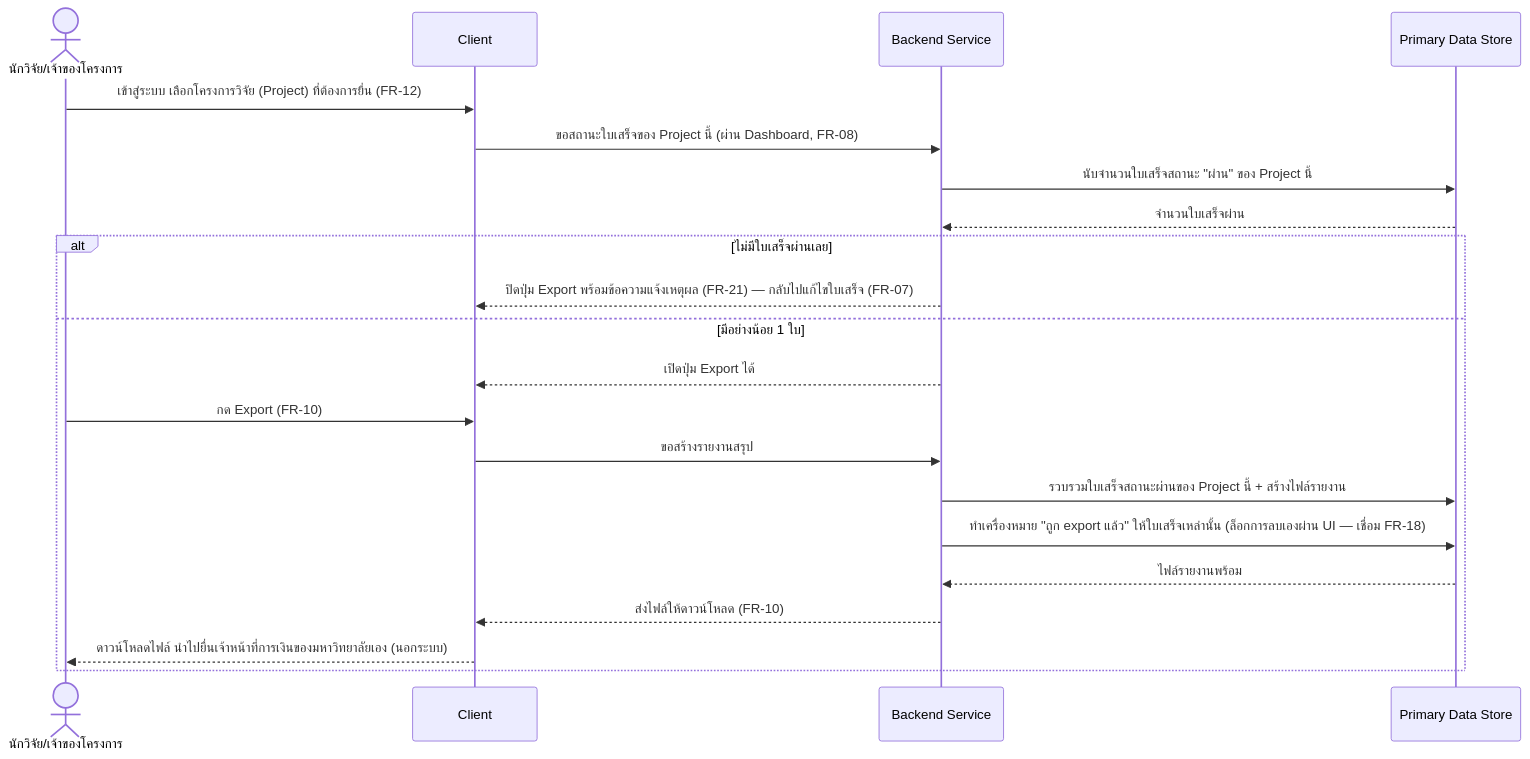
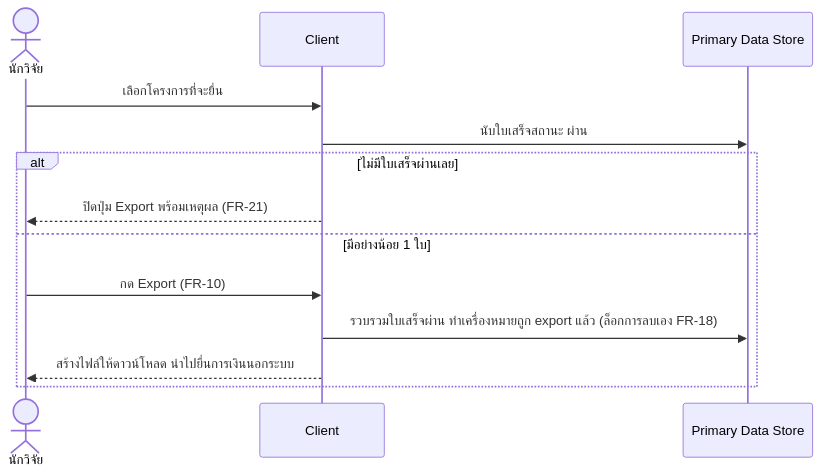
Before and after one commit to ptrsswnr/Grant-Receipt-Assistant: the fourth of 8 diagrams in docs/02-design/02-technical/architecture.md, drawn with Mermaid. The commit also changed other lines of this file and 27 other files, not shown here.

````diff
--- a/docs/02-design/02-technical/architecture.md
+++ b/docs/02-design/02-technical/architecture.md
@@ -223,24 +294,16 @@
 ```mermaid
 sequenceDiagram
-    actor R as นักวิจัย/เจ้าของโครงการ
+    actor R as นักวิจัย
     participant C as Client
-    participant B as Backend Service
     participant DS as Primary Data Store
 
-    R->>C: เข้าสู่ระบบ เลือกโครงการวิจัย (Project) ที่ต้องการยื่น (FR-12)
-    C->>B: ขอสถานะใบเสร็จของ Project นี้ (ผ่าน Dashboard, FR-08)
-    B->>DS: นับจำนวนใบเสร็จสถานะ "ผ่าน" ของ Project นี้
-    DS-->>B: จำนวนใบเสร็จผ่าน
+    R->>C: เลือกโครงการที่จะยื่น
+    C->>DS: นับใบเสร็จสถานะ ผ่าน
     alt ไม่มีใบเสร็จผ่านเลย
-        B-->>C: ปิดปุ่ม Export พร้อมข้อความแจ้งเหตุผล (FR-21) — กลับไปแก้ไขใบเสร็จ (FR-07)
+        C-->>R: ปิดปุ่ม Export พร้อมเหตุผล (FR-21)
     else มีอย่างน้อย 1 ใบ
-        B-->>C: เปิดปุ่ม Export ได้
         R->>C: กด Export (FR-10)
-        C->>B: ขอสร้างรายงานสรุป
-        B->>DS: รวบรวมใบเสร็จสถานะผ่านของ Project นี้ + สร้างไฟล์รายงาน
-        B->>DS: ทำเครื่องหมาย "ถูก export แล้ว" ให้ใบเสร็จเหล่านั้น (ล็อกการลบเองผ่าน UI — เชื่อม FR-18)
-        DS-->>B: ไฟล์รายงานพร้อม
-        B-->>C: ส่งไฟล์ให้ดาวน์โหลด (FR-10)
-        C-->>R: ดาวน์โหลดไฟล์ นำไปยื่นเจ้าหน้าที่การเงินของมหาวิทยาลัยเอง (นอกระบบ)
+        C->>DS: รวบรวมใบเสร็จผ่าน ทำเครื่องหมายถูก export แล้ว (ล็อกการลบเอง FR-18)
+        C-->>R: สร้างไฟล์ให้ดาวน์โหลด นำไปยื่นการเงินนอกระบบ
     end
 ```
````
